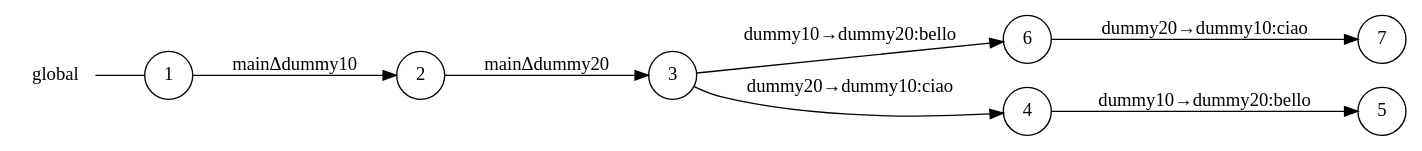
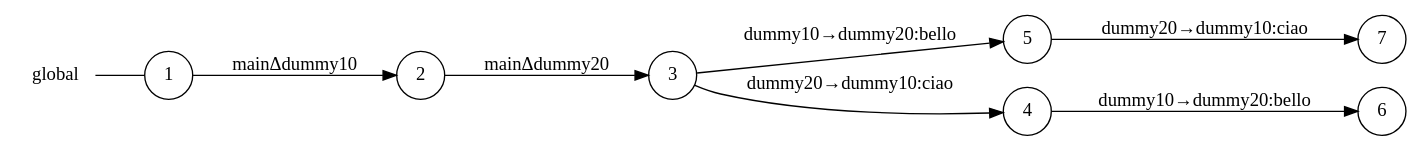
Before and after one commit to gabrielegenovese/chorer: the diagram in examples/async/main_global_view.dot, drawn with Graphviz. The commit also changed 6 other files, not shown here.

```diff
--- a/examples/async/main_global_view.dot
+++ b/examples/async/main_global_view.dot
@@ -1,19 +1,19 @@
 digraph global {
 	rankdir="LR";
 	n_0 [label="global", shape="plaintext"];
 	n_1 [id="5", shape=circle, label="5"];
 	n_2 [id="6", shape=circle, label="6"];
 	n_3 [id="1", shape=circle, label="1"];
 	n_0 -> n_3 [arrowhead=none];
 	n_4 [id="2", shape=circle, label="2"];
 	n_5 [id="4", shape=circle, label="4"];
 	n_6 [id="7", shape=circle, label="7"];
 	n_7 [id="3", shape=circle, label="3"];
 
+	n_7 -> n_5 [id="[$e|2]", label="dummy20→dummy10:ciao"];
+	n_3 -> n_4 [id="[$e|0]", label="mainΔdummy10"];
 	n_4 -> n_7 [id="[$e|1]", label="mainΔdummy20"];
-	n_5 -> n_1 [id="[$e|3]", label="dummy10→dummy20:bello"];
-	n_2 -> n_6 [id="[$e|5]", label="dummy20→dummy10:ciao"];
-	n_3 -> n_4 [id="[$e|0]", label="mainΔdummy10"];
-	n_7 -> n_2 [id="[$e|4]", label="dummy10→dummy20:bello"];
-	n_7 -> n_5 [id="[$e|2]", label="dummy20→dummy10:ciao"];
+	n_1 -> n_6 [id="[$e|5]", label="dummy20→dummy10:ciao"];
+	n_7 -> n_1 [id="[$e|3]", label="dummy10→dummy20:bello"];
+	n_5 -> n_2 [id="[$e|4]", label="dummy10→dummy20:bello"];
 }
```
